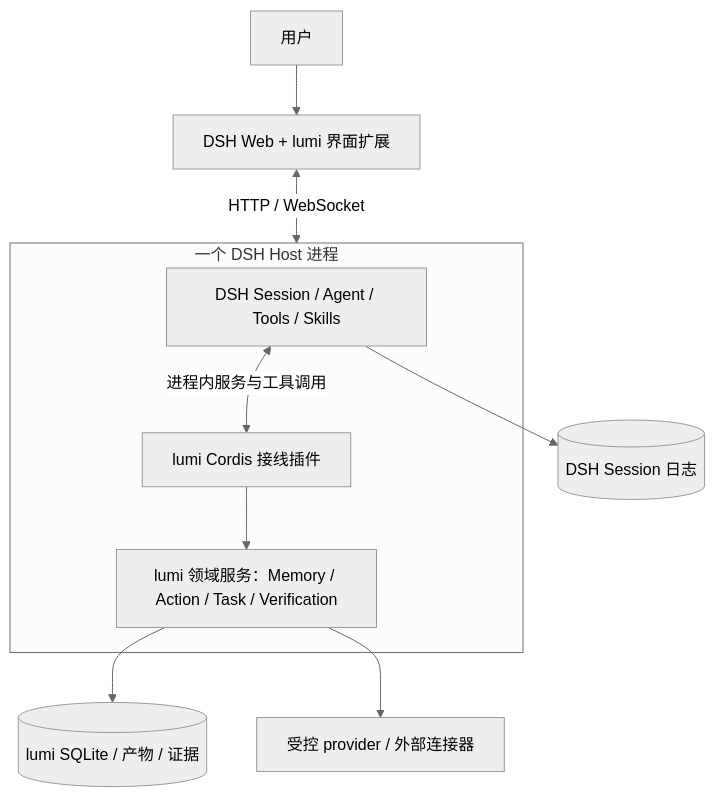
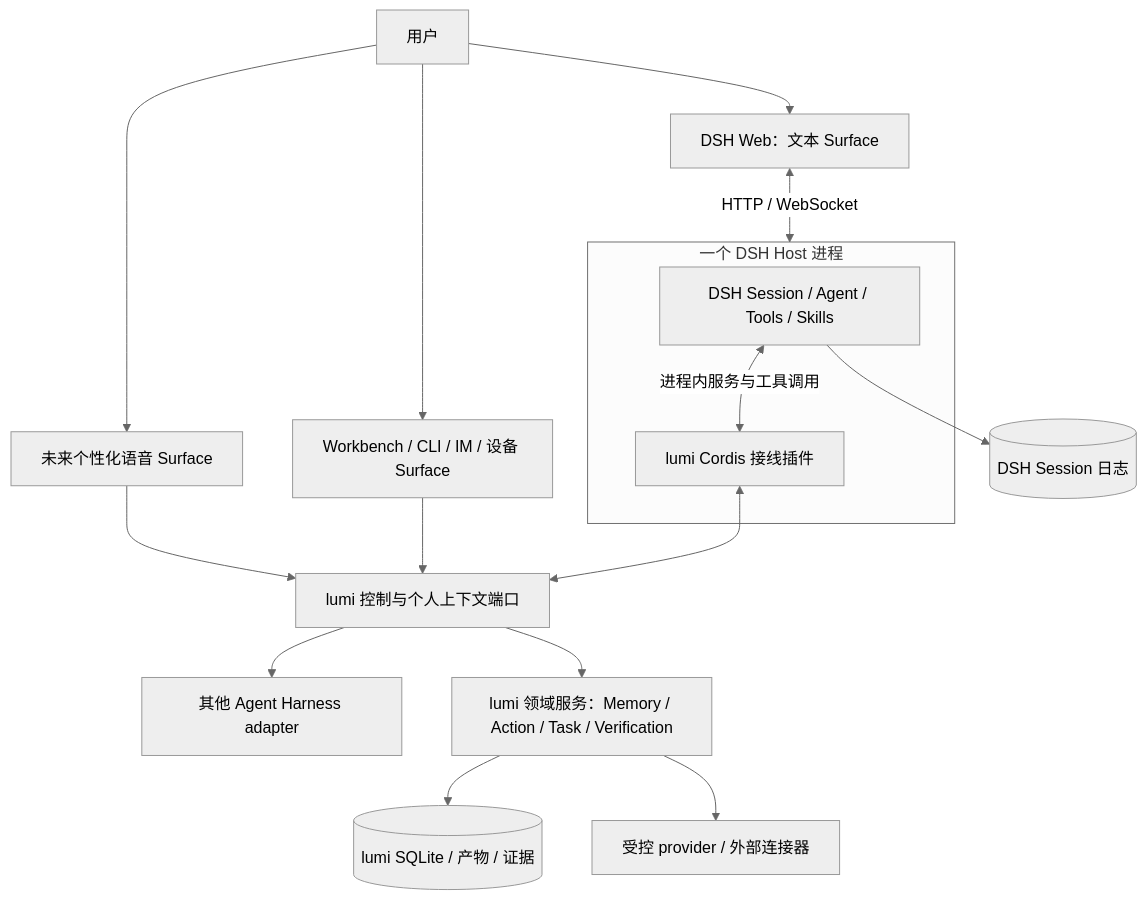
One commit to lapixiaoxin/personal-assistant changed the diagram in docs/design/11-dsh-native-customization.md. Above: the diagram before and after it, drawn with Mermaid (neutral theme). The commit also changed other lines of this file and 50 other files, not shown here.

````diff
--- a/docs/design/11-dsh-native-customization.md
+++ b/docs/design/11-dsh-native-customization.md
@@ -21,15 +21,20 @@
 ```mermaid
 flowchart TB
-    U["用户"] --> W["DSH Web + lumi 界面扩展"]
+    U["用户"] --> W["DSH Web：文本 Surface"]
+    U --> V["未来个性化语音 Surface"]
+    U --> O["Workbench / CLI / IM / 设备 Surface"]
+    V --> C["lumi 控制与个人上下文端口"]
+    O --> C
     W <-->|"HTTP / WebSocket"| H
     subgraph H["一个 DSH Host 进程"]
         S["DSH Session / Agent / Tools / Skills"]
         P["lumi Cordis 接线插件"]
-        D["lumi 领域服务：Memory / Action / Task / Verification"]
         S <-->|"进程内服务与工具调用"| P
-        P --> D
     end
+    P <--> C
+    C --> A["其他 Agent Harness adapter"]
+    C --> D["lumi 领域服务：Memory / Action / Task / Verification"]
     D --> DB[("lumi SQLite / 产物 / 证据")]
     S --> LOG[("DSH Session 日志")]
     D --> X["受控 provider / 外部连接器"]
 ```
````
